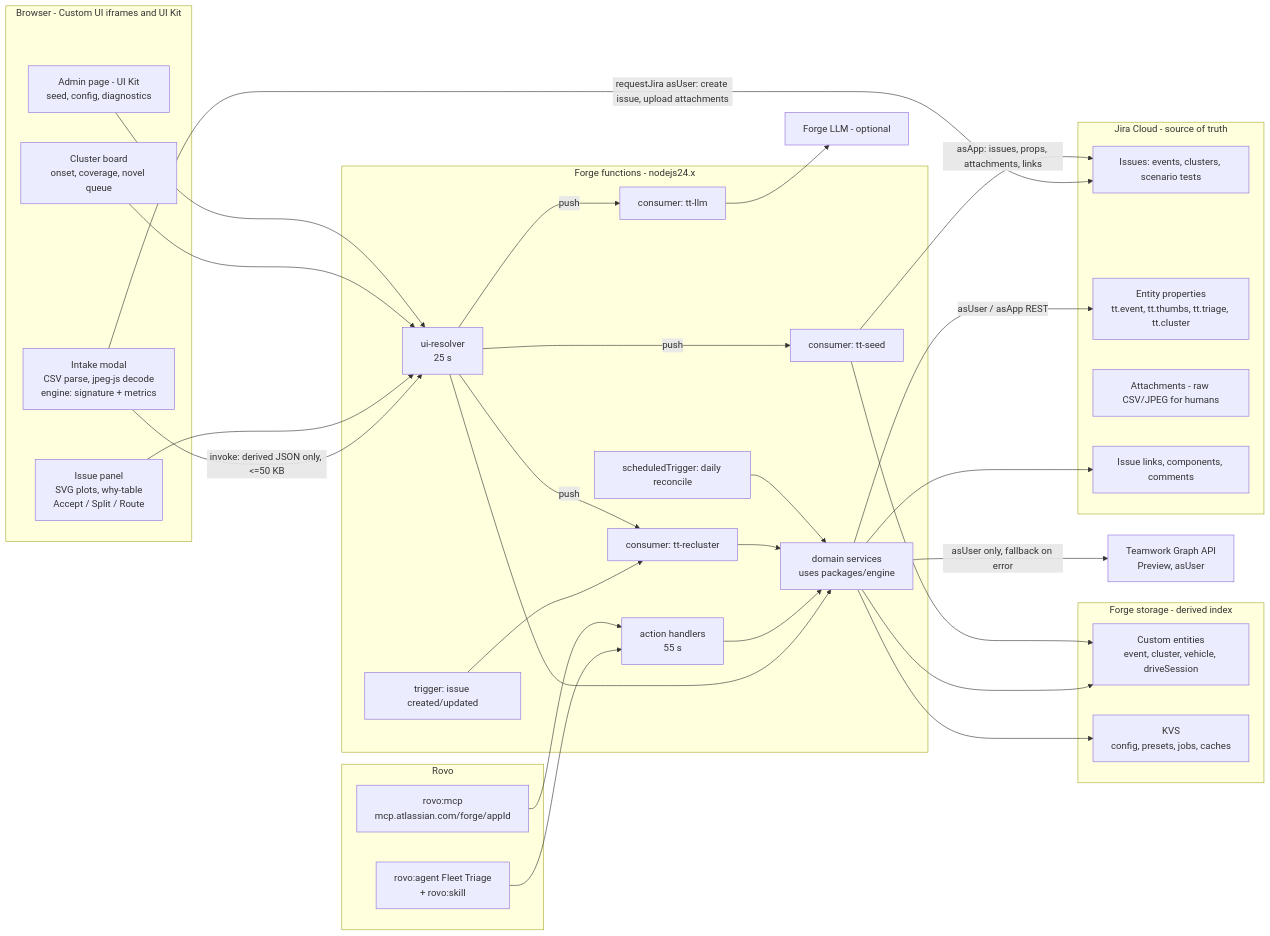
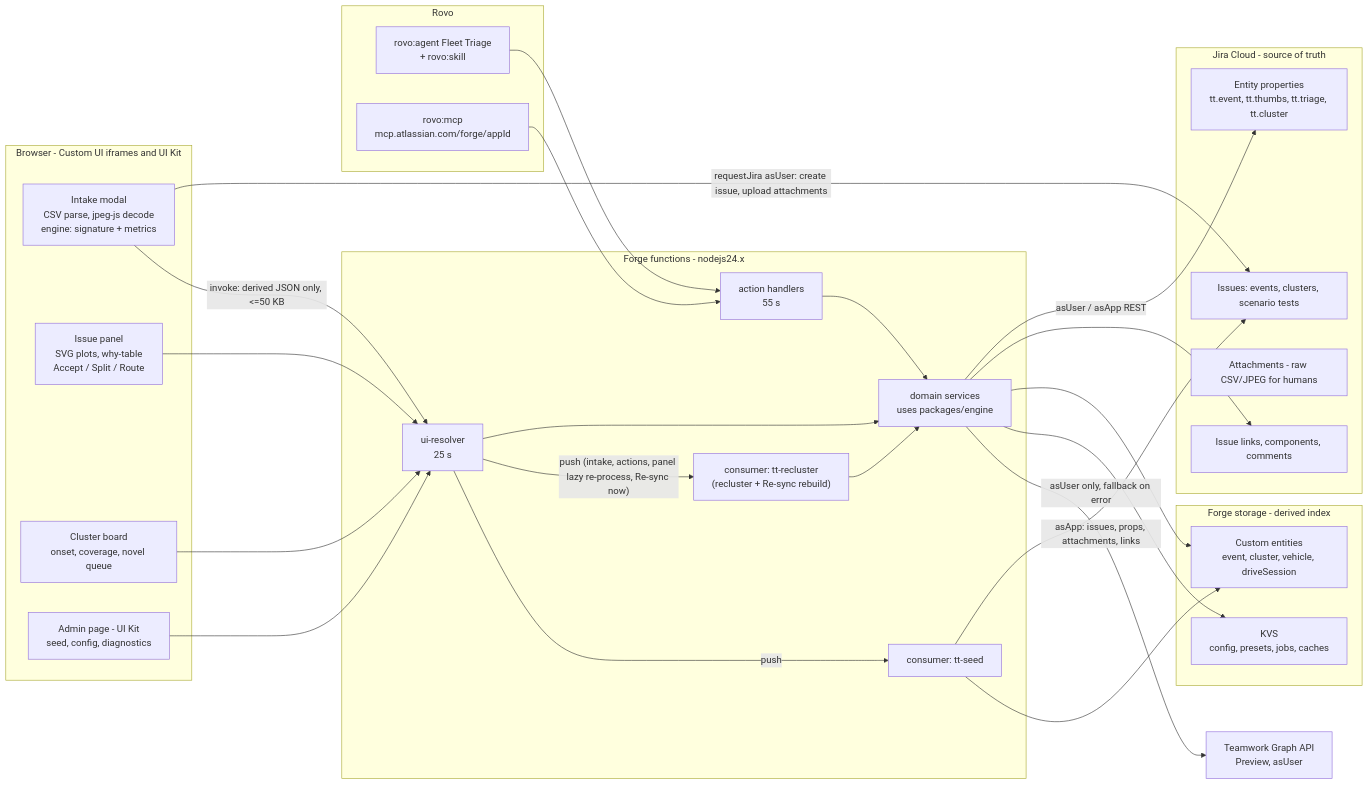
Before and after one commit to thedhruvhegde/triagetakeover: the first of 2 diagrams in docs/ARCHITECTURE.md, drawn with Mermaid. The commit also changed other lines of this file and 5 other files, not shown here.

````diff
--- a/docs/ARCHITECTURE.md
+++ b/docs/ARCHITECTURE.md
@@ -35,64 +36,56 @@
 ```mermaid
 flowchart LR
   subgraph Browser["Browser - Custom UI iframes and UI Kit"]
     INTAKE["Intake modal<br/>CSV parse, jpeg-js decode<br/>engine: signature + metrics"]
     PANEL["Issue panel<br/>SVG plots, why-table<br/>Accept / Split / Route"]
     BOARD["Cluster board<br/>onset, coverage, novel queue"]
     ADMIN["Admin page - UI Kit<br/>seed, config, diagnostics"]
   end
 
   subgraph Forge["Forge functions - nodejs24.x"]
     RES["ui-resolver<br/>25 s"]
     ACT["action handlers<br/>55 s"]
     SVC["domain services<br/>uses packages/engine"]
-    TRG["trigger: issue created/updated"]
-    QREC["consumer: tt-recluster"]
+    QREC["consumer: tt-recluster<br/>(recluster + Re-sync rebuild)"]
     QSEED["consumer: tt-seed"]
-    QLLM["consumer: tt-llm"]
-    SCHED["scheduledTrigger: daily reconcile"]
   end
 
   subgraph Jira["Jira Cloud - source of truth"]
     ISS["Issues: events, clusters, scenario tests"]
     PROP["Entity properties<br/>tt.event, tt.thumbs, tt.triage, tt.cluster"]
     ATT["Attachments - raw CSV/JPEG for humans"]
     LNK["Issue links, components, comments"]
   end
 
   subgraph Store["Forge storage - derived index"]
     CE["Custom entities<br/>event, cluster, vehicle, driveSession"]
     KVS["KVS<br/>config, presets, jobs, caches"]
   end
 
   subgraph Rovo["Rovo"]
     AG["rovo:agent Fleet Triage<br/>+ rovo:skill"]
     MCP["rovo:mcp<br/>mcp.atlassian.com/forge/appId"]
   end
 
   TWG["Teamwork Graph API<br/>Preview, asUser"]
-  LLM["Forge LLM - optional"]
 
   INTAKE -- "requestJira asUser: create issue, upload attachments" --> ISS
   INTAKE -- "invoke: derived JSON only, <=50 KB" --> RES
   PANEL --> RES
   BOARD --> RES
   ADMIN --> RES
   RES --> SVC
   ACT --> SVC
   AG --> ACT
   MCP --> ACT
   SVC -- "asUser / asApp REST" --> PROP
   SVC --> LNK
   SVC --> CE
   SVC --> KVS
   SVC -- "asUser only, fallback on error" --> TWG
-  TRG --> QREC
-  RES -- "push" --> QREC
+  RES -- "push (intake, actions, panel lazy re-process, Re-sync now)" --> QREC
   RES -- "push" --> QSEED
-  RES -- "push" --> QLLM
   QREC --> SVC
   QSEED -- "asApp: issues, props, attachments, links" --> ISS
   QSEED --> CE
-  QLLM --> LLM
-  SCHED --> SVC
 ```
````
